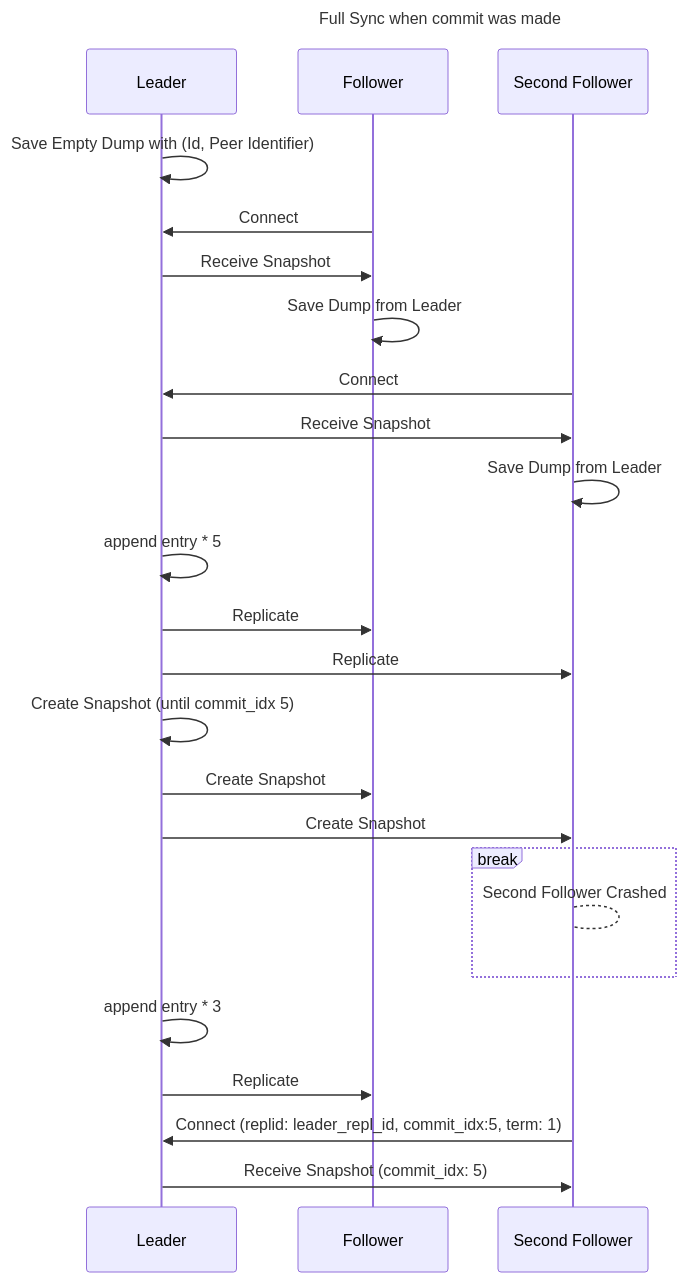
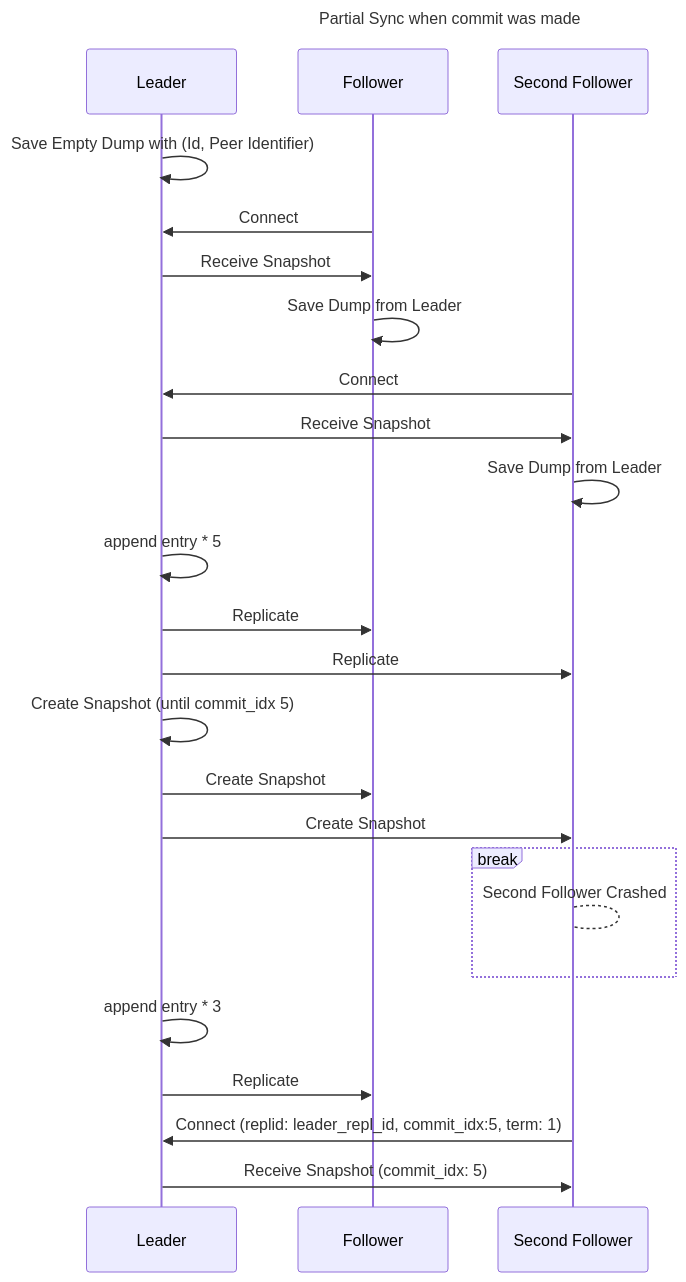
One commit to Migorithm/duva changed the diagram in diagrams/partial_sync.mmd. Above: the diagram before and after it, drawn with Mermaid. The commit also changed 1 other file, not shown here.

Commit message:
readme: partial sync

```diff
--- a/diagrams/partial_sync.mmd
+++ b/diagrams/partial_sync.mmd
@@ -1,31 +1,31 @@
 ---
-title: Full Sync when commit was made
+title: Partial Sync when commit was made
 ---
 sequenceDiagram
     participant L as Leader
     participant F as Follower
     participant SF as Second Follower
     L ->> L: Save Empty Dump with (Id, Peer Identifier)
     F ->> L: Connect
     L ->> F: Receive Snapshot
     F ->> F: Save Dump from Leader
     SF ->> L: Connect
     L ->> SF: Receive Snapshot
     SF ->> SF: Save Dump from Leader
     L ->> L: append entry * 5
     L ->> F: Replicate
     L ->> SF: Replicate
     
     L ->> L: Create Snapshot (until commit_idx 5)
     L ->> F: Create Snapshot 
     L ->> SF : Create Snapshot
 
     break
         SF --> SF: Second Follower Crashed
     end
 
     L ->> L: append entry * 3
     L ->> F: Replicate
 
     SF ->> L: Connect (replid: leader_repl_id, commit_idx:5, term: 1)
     L ->> SF: Receive Snapshot (commit_idx: 5)
```
